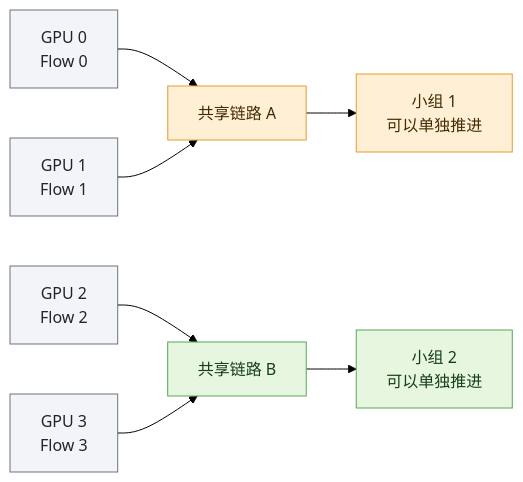
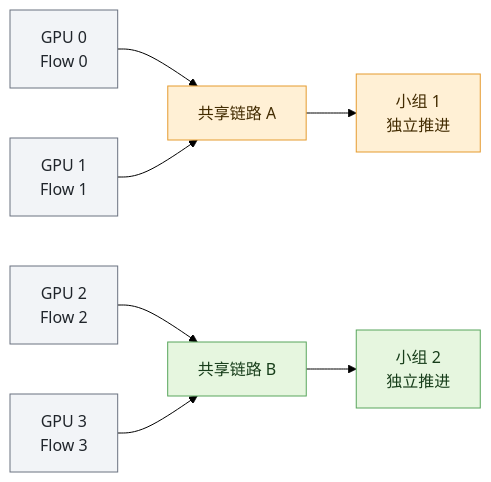
The second of 5 diagrams in _posts/2026-08-14-wormhole-memoization-fast-forwarding.md (ccc112233ccc/ccc112233ccc.github.io), drawn with Mermaid (forest theme) before and after one commit. The commit also changed other lines of this file and 1 other file, not shown here.

````diff
--- a/_posts/2026-08-14-wormhole-memoization-fast-forwarding.md
+++ b/_posts/2026-08-14-wormhole-memoization-fast-forwarding.md
@@ -75,16 +68,16 @@
 ```mermaid
 flowchart LR
     G0["GPU 0<br/>Flow 0"] --> A["共享链路 A"]
     G1["GPU 1<br/>Flow 1"] --> A
     G2["GPU 2<br/>Flow 2"] --> B["共享链路 B"]
     G3["GPU 3<br/>Flow 3"] --> B
-    A --> P1["小组 1<br/>可以单独推进"]
-    B --> P2["小组 2<br/>可以单独推进"]
+    A --> P1["小组 1<br/>独立推进"]
+    B --> P2["小组 2<br/>独立推进"]
 
     classDef gpu fill:#f2f4f7,stroke:#6b7280,color:#20252b;
     classDef a fill:#fff0d5,stroke:#e59b2f,color:#422b00;
     classDef b fill:#e6f6df,stroke:#58a55c,color:#173d1a;
     class G0,G1,G2,G3 gpu;
     class A,P1 a;
     class B,P2 b;
 ```
````
